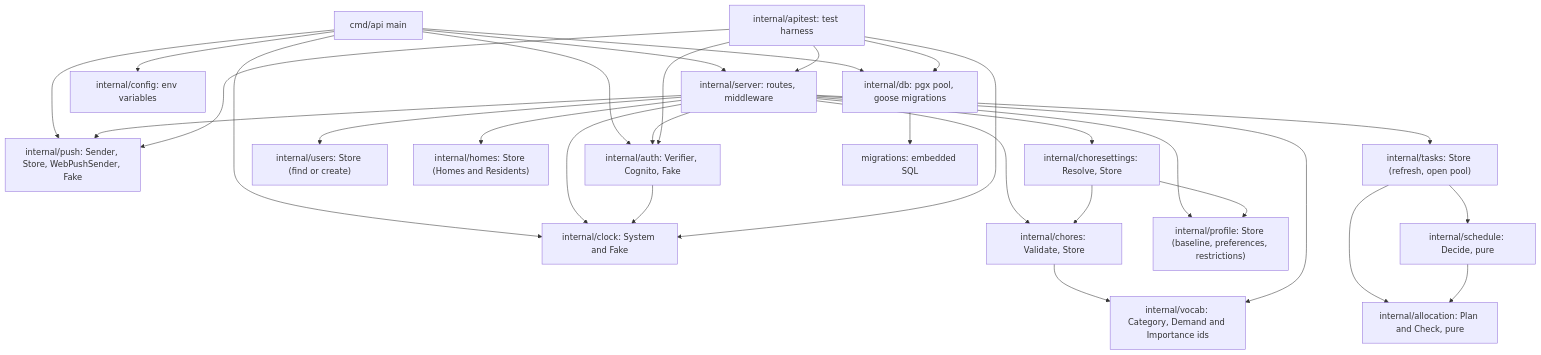
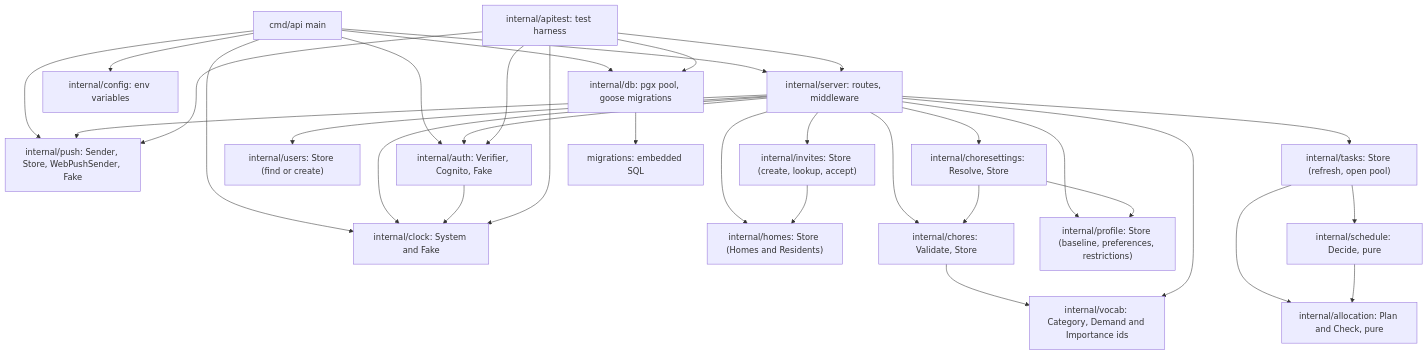
Before and after one commit to AbnerWillclefy/Homeowner: the first of 3 diagrams in docs/architecture/backend.md, drawn with Mermaid. The commit also changed other lines of this file and 1 other file, not shown here.

Commit message:
docs(architecture): describe invites, the leave helper and log redaction (#18)

````diff
--- a/docs/architecture/backend.md
+++ b/docs/architecture/backend.md
@@ -16,51 +16,54 @@
 ```mermaid
 flowchart TD
     main["cmd/api main"]
     server["internal/server: routes, middleware"]
     config["internal/config: env variables"]
     db["internal/db: pgx pool, goose migrations"]
     clock["internal/clock: System and Fake"]
     push["internal/push: Sender, Store, WebPushSender, Fake"]
     auth["internal/auth: Verifier, Cognito, Fake"]
     users["internal/users: Store (find or create)"]
     homes["internal/homes: Store (Homes and Residents)"]
+    invites["internal/invites: Store (create, lookup, accept)"]
     chores["internal/chores: Validate, Store"]
     profile["internal/profile: Store (baseline, preferences, restrictions)"]
     choresettings["internal/choresettings: Resolve, Store"]
     schedule["internal/schedule: Decide, pure"]
     tasks["internal/tasks: Store (refresh, open pool)"]
     vocab["internal/vocab: Category, Demand and Importance ids"]
     mig["migrations: embedded SQL"]
     alloc["internal/allocation: Plan and Check, pure"]
     apitest["internal/apitest: test harness"]
 
     main --> config
     main --> db
     main --> server
     main --> clock
     main --> push
     main --> auth
     server --> clock
     server --> push
     server --> auth
     server --> users
     server --> homes
     server --> profile
+    server --> invites
+    invites --> homes
     server --> chores
     server --> choresettings
     choresettings --> chores
     choresettings --> profile
     server --> tasks
     tasks --> schedule
     tasks --> alloc
     schedule --> alloc
     chores --> vocab
     server --> vocab
     auth --> clock
     apitest --> push
     apitest --> auth
     db --> mig
     apitest --> server
     apitest --> db
     apitest --> clock
 ```
````
